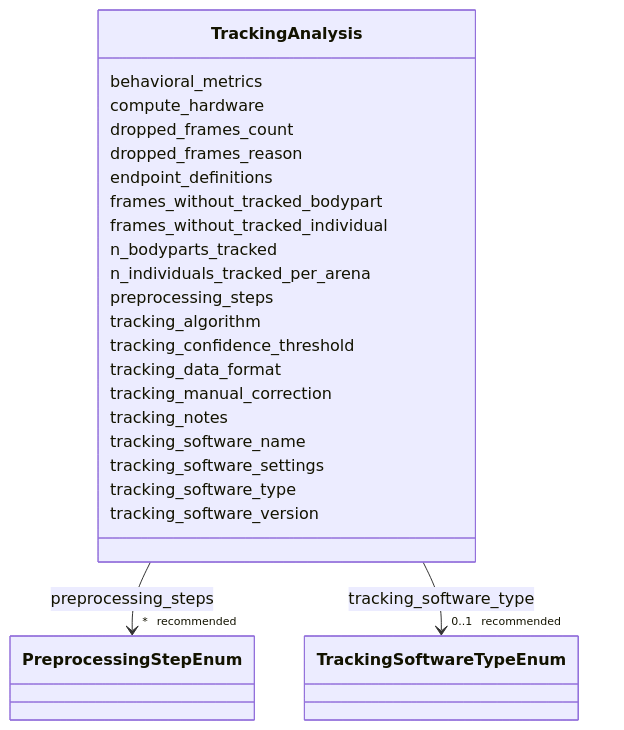
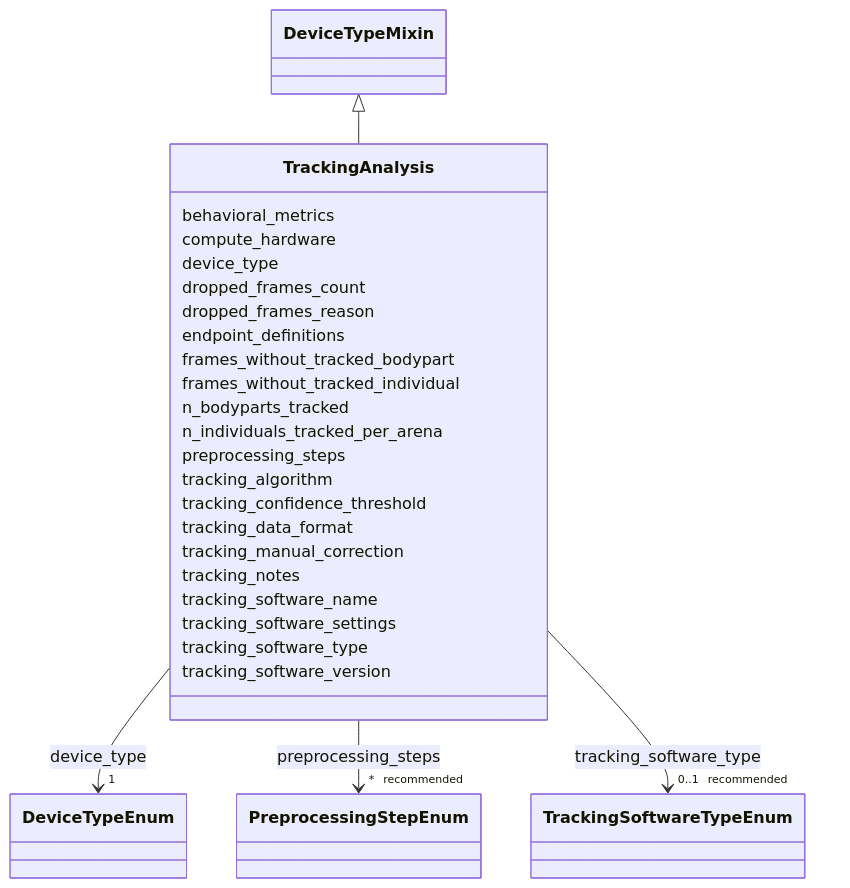
The diagram in docs/TrackingAnalysis.md (Helmholtz-UFZ/BeStMeta), drawn with Mermaid before and after one commit. The commit also changed other lines of this file and 18 other files, not shown here.

````diff
--- a/docs/TrackingAnalysis.md
+++ b/docs/TrackingAnalysis.md
@@ -23,62 +23,76 @@
 ```mermaid
  classDiagram
     class TrackingAnalysis
     click TrackingAnalysis href "../TrackingAnalysis/"
+      DeviceTypeMixin <|-- TrackingAnalysis
+        click DeviceTypeMixin href "../DeviceTypeMixin/"
+      
       TrackingAnalysis : behavioral_metrics
         
       TrackingAnalysis : compute_hardware
+        
+      TrackingAnalysis : device_type
+        
+          
+    
+        
+        
+        TrackingAnalysis --> "1" DeviceTypeEnum : device_type
+        click DeviceTypeEnum href "../DeviceTypeEnum/"
+    
+
         
       TrackingAnalysis : dropped_frames_count
         
       TrackingAnalysis : dropped_frames_reason
         
       TrackingAnalysis : endpoint_definitions
         
       TrackingAnalysis : frames_without_tracked_bodypart
         
       TrackingAnalysis : frames_without_tracked_individual
         
       TrackingAnalysis : n_bodyparts_tracked
         
       TrackingAnalysis : n_individuals_tracked_per_arena
         
       TrackingAnalysis : preprocessing_steps
         
           
     
         
         
         TrackingAnalysis --> "* _recommended_" PreprocessingStepEnum : preprocessing_steps
         click PreprocessingStepEnum href "../PreprocessingStepEnum/"
     
 
         
       TrackingAnalysis : tracking_algorithm
         
       TrackingAnalysis : tracking_confidence_threshold
         
       TrackingAnalysis : tracking_data_format
         
       TrackingAnalysis : tracking_manual_correction
         
       TrackingAnalysis : tracking_notes
         
       TrackingAnalysis : tracking_software_name
         
       TrackingAnalysis : tracking_software_settings
         
       TrackingAnalysis : tracking_software_type
         
           
     
         
         
         TrackingAnalysis --> "0..1 _recommended_" TrackingSoftwareTypeEnum : tracking_software_type
         click TrackingSoftwareTypeEnum href "../TrackingSoftwareTypeEnum/"
     
 
         
       TrackingAnalysis : tracking_software_version
         
       
 ```
````
